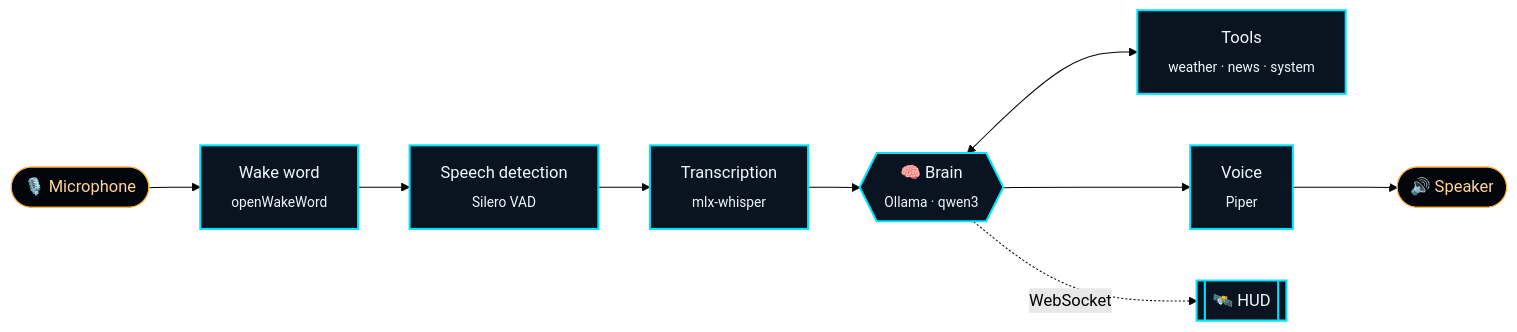
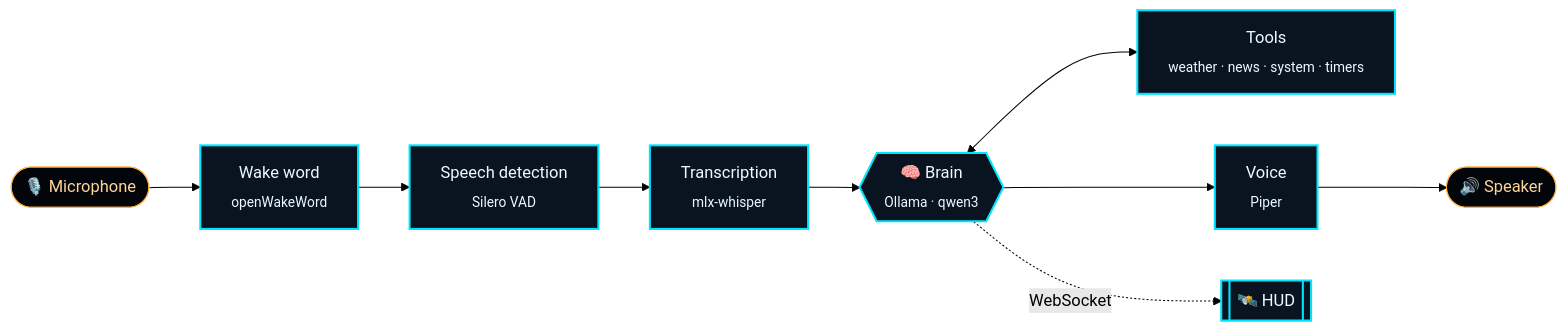
Before and after one commit to MichelleBudri/my-jarvis: the diagram in README.md, drawn with Mermaid (forest theme). The commit also changed other lines of this file and 28 other files, not shown here.

First line of the commit message:
feat: tools for weather, news, system and timers (phase 4)

````diff
--- a/README.md
+++ b/README.md
@@ -57,17 +57,17 @@
 ```mermaid
 flowchart LR
     MIC(["🎙️ Microphone"]) --> WAKE["Wake word<br/><sub>openWakeWord</sub>"]
     WAKE --> VAD["Speech detection<br/><sub>Silero VAD</sub>"]
     VAD --> STT["Transcription<br/><sub>mlx-whisper</sub>"]
     STT --> LLM{{"🧠 Brain<br/><sub>Ollama · qwen3</sub>"}}
-    LLM <--> TOOLS["Tools<br/><sub>weather · news · system</sub>"]
+    LLM <--> TOOLS["Tools<br/><sub>weather · news · system · timers</sub>"]
     LLM --> TTS["Voice<br/><sub>Piper</sub>"]
     TTS --> SPK(["🔊 Speaker"])
     LLM -. WebSocket .-> HUD[["🛰️ HUD"]]
 
     classDef core fill:#0a1420,stroke:#00e5ff,color:#eafcff,stroke-width:2px
     classDef io fill:#02050a,stroke:#ffb340,color:#ffd59a
     class WAKE,VAD,STT,TOOLS,TTS,HUD core
     class LLM core
     class MIC,SPK io
 ```
````
